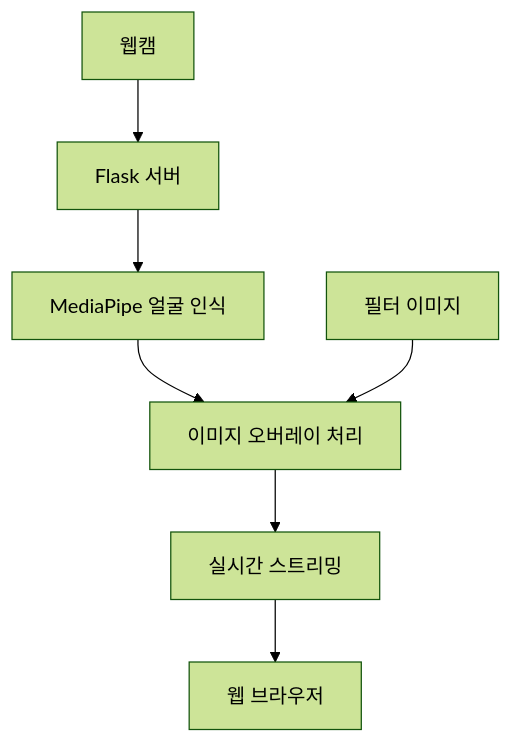
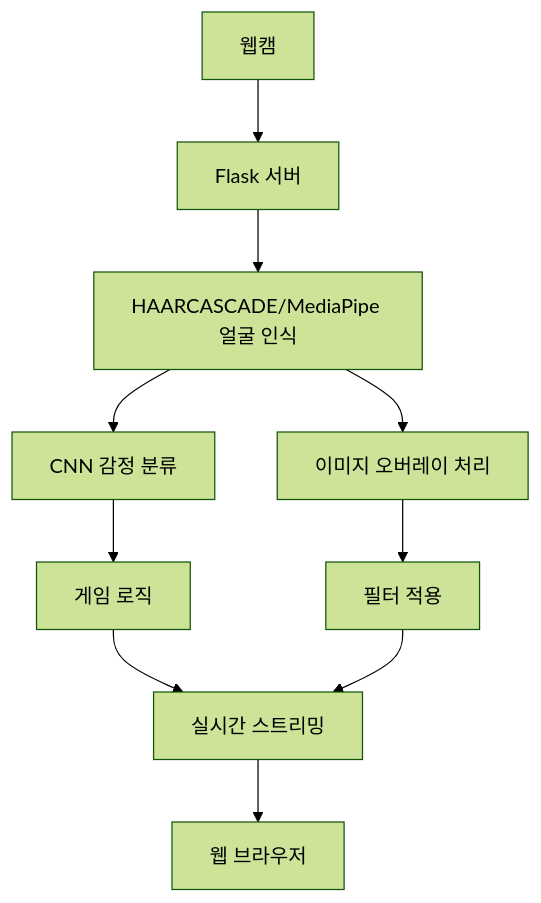
One commit to DONALDSUK/face_character_emoji changed the diagram in README.md. Above: the diagram before and after it, drawn with Mermaid (forest theme). The commit also changed other lines of this file, not shown here.

````diff
--- a/README.md
+++ b/README.md
@@ -20,9 +61,12 @@
 ```mermaid
 graph TD
     A[웹캠] --> B[Flask 서버]
-    B --> C[MediaPipe 얼굴 인식]
-    C --> D[이미지 오버레이 처리]
-    D --> E[실시간 스트리밍]
-    E --> F[웹 브라우저]
-    G[필터 이미지] --> D
+    B --> C1[HAARCASCADE/MediaPipe 얼굴 인식]
+    C1 --> D1[CNN 감정 분류]
+    C1 --> D2[이미지 오버레이 처리]
+    D1 --> E1[게임 로직]
+    D2 --> E2[필터 적용]
+    E1 --> F[실시간 스트리밍]
+    E2 --> F
+    F --> G[웹 브라우저]
 ```
````
